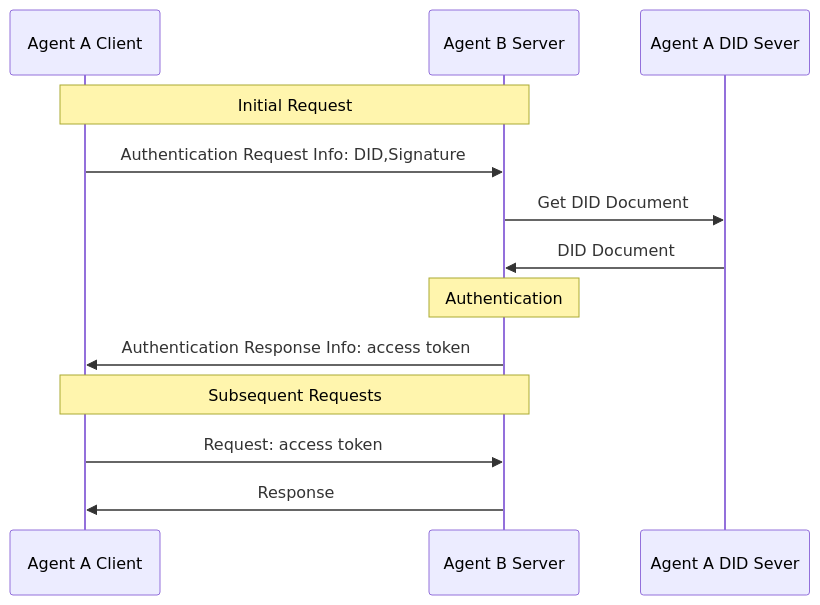
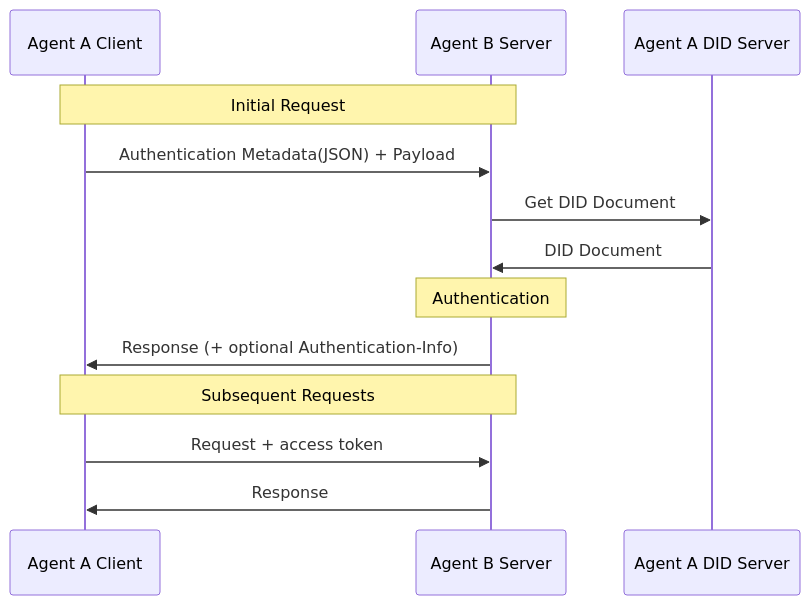
The second of 2 diagrams in 03-did-wba-method-design-specification.md (NeatNerdPrime/AgentNetworkProtocol), drawn with Mermaid before and after one commit. The commit also changed other lines of this file and 3 other files, not shown here.

````diff
--- a/03-did-wba-method-design-specification.md
+++ b/03-did-wba-method-design-specification.md
@@ -467,21 +682,19 @@
 ```mermaid
 sequenceDiagram
     participant Agent A Client
-    participant Agent B Server 
-    participant Agent A DID Sever
+    participant Agent B Server
+    participant Agent A DID Server
 
     Note over Agent A Client,Agent B Server: Initial Request
-
-    Agent A Client->>Agent B Server: Authentication Request Info: DID,Signature
-    Agent B Server->>Agent A DID Sever: Get DID Document
-    Agent A DID Sever->>Agent B Server: DID Document
+    Agent A Client->>Agent B Server: Authentication Metadata(JSON) + Payload
+    Agent B Server->>Agent A DID Server: Get DID Document
+    Agent A DID Server->>Agent B Server: DID Document
 
     Note over Agent B Server: Authentication
 
-    Agent B Server->>Agent A Client: Authentication Response Info: access token
+    Agent B Server->>Agent A Client: Response (+ optional Authentication-Info)
 
     Note over Agent A Client, Agent B Server: Subsequent Requests
-
-    Agent A Client->>Agent B Server: Request: access token
+    Agent A Client->>Agent B Server: Request + access token
     Agent B Server->>Agent A Client: Response
 ```
````
